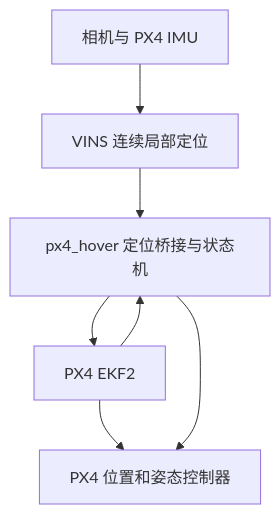
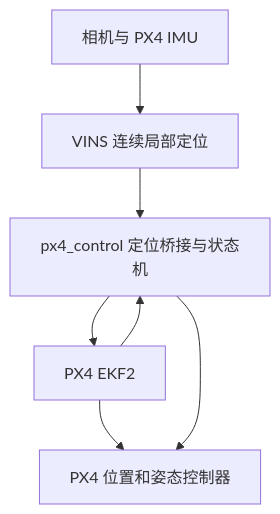
Before and after one commit to Spaaaace-yyj/RM_flying_robot_control: the diagram in README.md, drawn with Mermaid. The commit also changed other lines of this file and 22 other files, not shown here.

````diff
--- a/README.md
+++ b/README.md
@@ -53,9 +53,9 @@
 ```mermaid
 flowchart TD
   S[相机与 PX4 IMU] --> V[VINS 连续局部定位]
-  V --> B[px4_hover 定位桥接与状态机]
+  V --> B[px4_control 定位桥接与状态机]
   B --> E[PX4 EKF2]
   E --> C[PX4 位置和姿态控制器]
   B --> C
   E --> B
 ```
````
